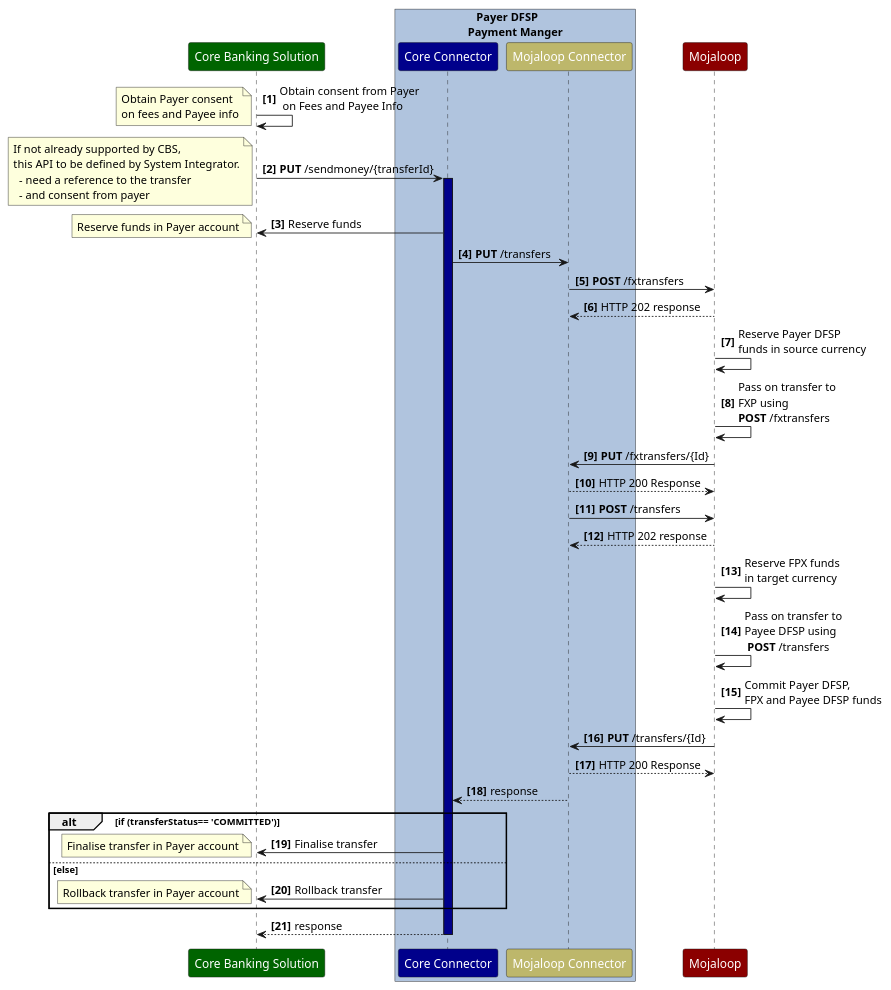
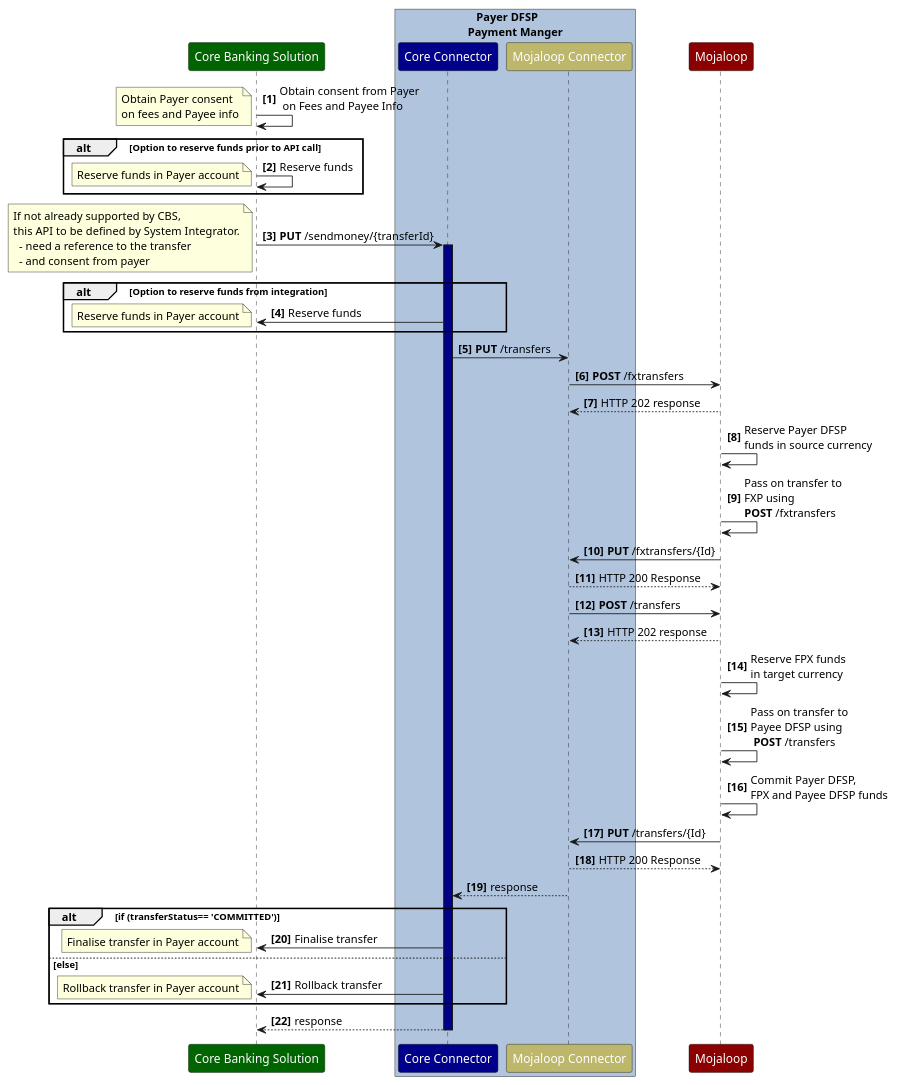
The diagram in DesignSequenceDiagrams/PayerDFSPConsentIntegrationPattern-Transfer.PlantUML (infitx-org/participation-tool-docs), drawn with PlantUML before and after one commit. The commit also changed 29 other files, not shown here.

```diff
--- a/DesignSequenceDiagrams/PayerDFSPConsentIntegrationPattern-Transfer.PlantUML
+++ b/DesignSequenceDiagrams/PayerDFSPConsentIntegrationPattern-Transfer.PlantUML
@@ -1,69 +1,78 @@
 @startuml PayerDFSPConsentIntegrationPattern-Transfer
 
 /'*****
 --------------
 ******'/
 
 skinparam participant { 
   FontColor white
 }
   participant "Core Banking Solution" as CBS #DarkGreen
 box "   Payer DFSP\nPayment Manger" #LightSteelBlue
   participant "Core Connector" as CC  #DarkBlue
   participant "Mojaloop Connector" as MC #DarkKhaki
 end box
 participant "Mojaloop" as Switch #DarkRed
 
 autonumber 1 1 "<b>[0]"
 
 CBS->CBS: Obtain consent from Payer\n on Fees and Payee Info
 note left
   Obtain Payer consent 
   on fees and Payee info
 end note
+alt Option to reserve funds prior to API call
+CBS->CBS: Reserve funds
+note left
+  Reserve funds in Payer account
+end note
+end
+
 CBS->CC: **PUT** /sendmoney/{transferId}
 note left
   If not already supported by CBS, 
   this API to be defined by System Integrator.
     - need a reference to the transfer 
     - and consent from payer
 end note
 activate CC #DarkBlue
 
+alt Option to reserve funds from integration
 CC->CBS: Reserve funds
 note left
   Reserve funds in Payer account
 end note
+end
 
 CC->MC: **PUT** /transfers
 
 MC->Switch: **POST** /fxtransfers 
 Switch-->MC: HTTP 202 response
 Switch->Switch: Reserve Payer DFSP \nfunds in source currency
 Switch->Switch: Pass on transfer to \nFXP using \n**POST** /fxtransfers
 Switch->MC: **PUT** /fxtransfers/{Id}
 MC-->Switch: HTTP 200 Response
 
 MC->Switch: **POST** /transfers 
 Switch-->MC: HTTP 202 response
 Switch->Switch: Reserve FPX funds \nin target currency
 Switch->Switch: Pass on transfer to \nPayee DFSP using\n **POST** /transfers
 Switch->Switch: Commit Payer DFSP, \nFPX and Payee DFSP funds
 Switch->MC: **PUT** /transfers/{Id}
 MC-->Switch: HTTP 200 Response
 
 MC-->CC: response
 alt if (transferStatus== 'COMMITTED')
 CC->CBS: Finalise transfer
 note left
   Finalise transfer in Payer account
 end note
 else else
 CC->CBS: Rollback transfer
 note left
   Rollback transfer in Payer account
 end note
 end 
 CC-->CBS: response
 deactivate CC
 @enduml
```
